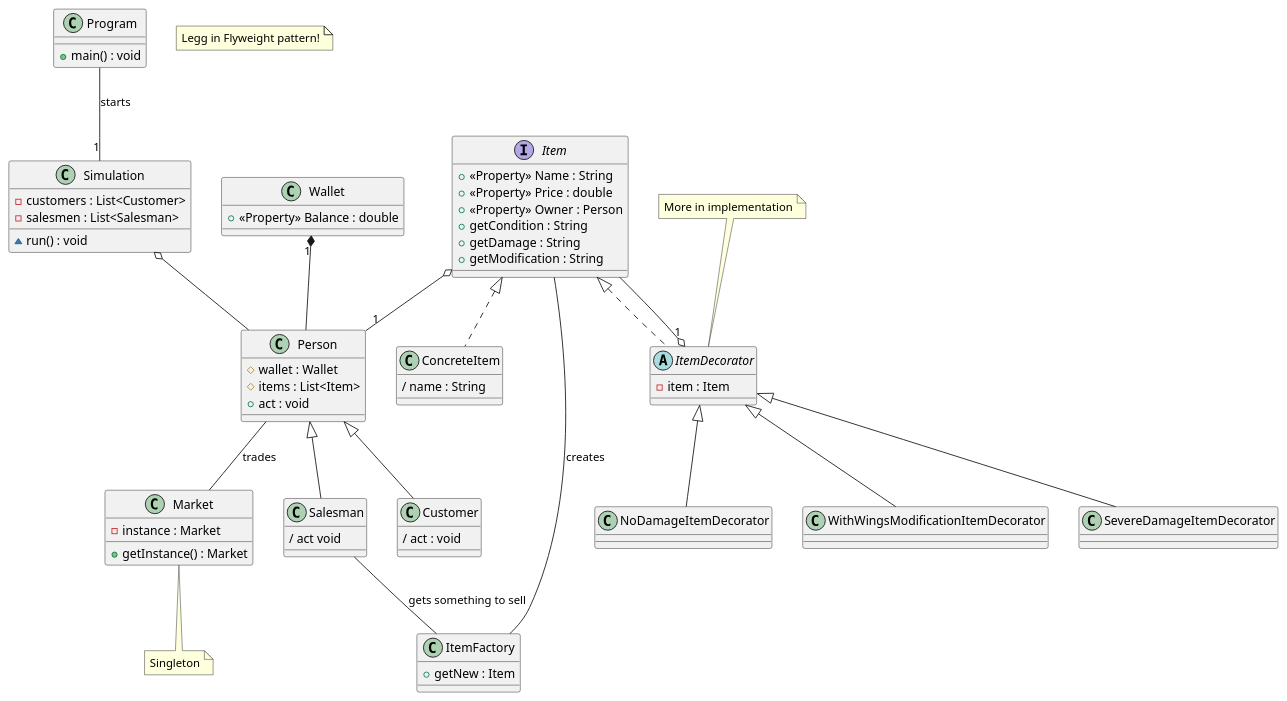
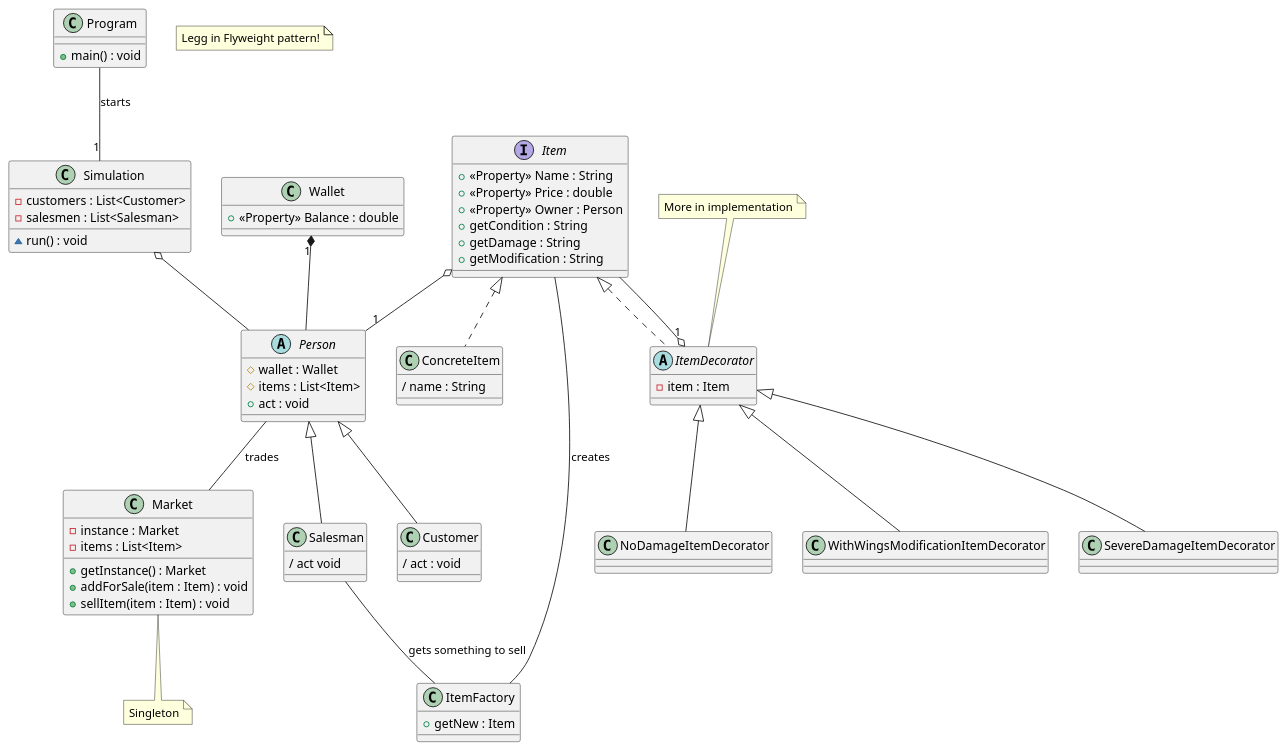
One commit to olaven/exam-PG3300 changed the diagram in diagrams/class/class.puml. Above: the diagram before and after it, drawn with PlantUML. The commit also changed 1 other file, not shown here.

Commit message:
updated market

```diff
--- a/diagrams/class/class.puml
+++ b/diagrams/class/class.puml
@@ -1,89 +1,92 @@
 @startuml Class diagram 
 
 
 interface Item {
     + <<Property>> Name : String 
     + <<Property>> Price : double 
     + <<Property>> Owner : Person 
     + getCondition : String
     + getDamage : String
     + getModification : String
 }
 
 Item o-- "1" Person 
 
 class ConcreteItem implements Item {
     / name : String 
 }
 
 abstract ItemDecorator implements Item {
     - item : Item 
 }
 
 ItemDecorator "1" o-- Item 
 
 
 class SevereDamageItemDecorator extends ItemDecorator
 class NoDamageItemDecorator extends ItemDecorator
 class WithWingsModificationItemDecorator extends ItemDecorator
 
 note "More in implementation" as MoreInImplementation
 MoreInImplementation .. ItemDecorator
 
 class ItemFactory {
     + getNew : Item  
 }
 
 ItemFactory -- Item : creates 
 
 class Wallet {
     + <<Property>> Balance : double 
 }
 
-class Person {
+abstract Person {
     # wallet : Wallet 
     # items : List<Item> 
     + act : void 
 }
 
 Wallet "1" *-- Person
 Person -- Market : trades 
 
 
 class Customer extends Person {
     / act : void 
 }
 
 class Salesman extends Person {
     / act void 
 }
 
 note "Singleton" as singleton
 class Market {
     - instance : Market
-    + getInstance() : Market    
+    - items : List<Item>
+    + getInstance() : Market   
+    + addForSale(item : Item) : void  
+    + sellItem(item : Item) : void 
 }
 
 Market .. singleton
 
 
 class Program { 
     + main() : void
 }
 
 class Simulation {
     - customers : List<Customer> 
     - salesmen : List<Salesman> 
     ~ run() : void 
 }
 
 Program -- "1" Simulation : starts
 Simulation o-- Person
 
 note "Legg in Flyweight pattern!" as flnote
 
 
 Salesman -- ItemFactory : gets something to sell 
 
 
 @enduml
```
